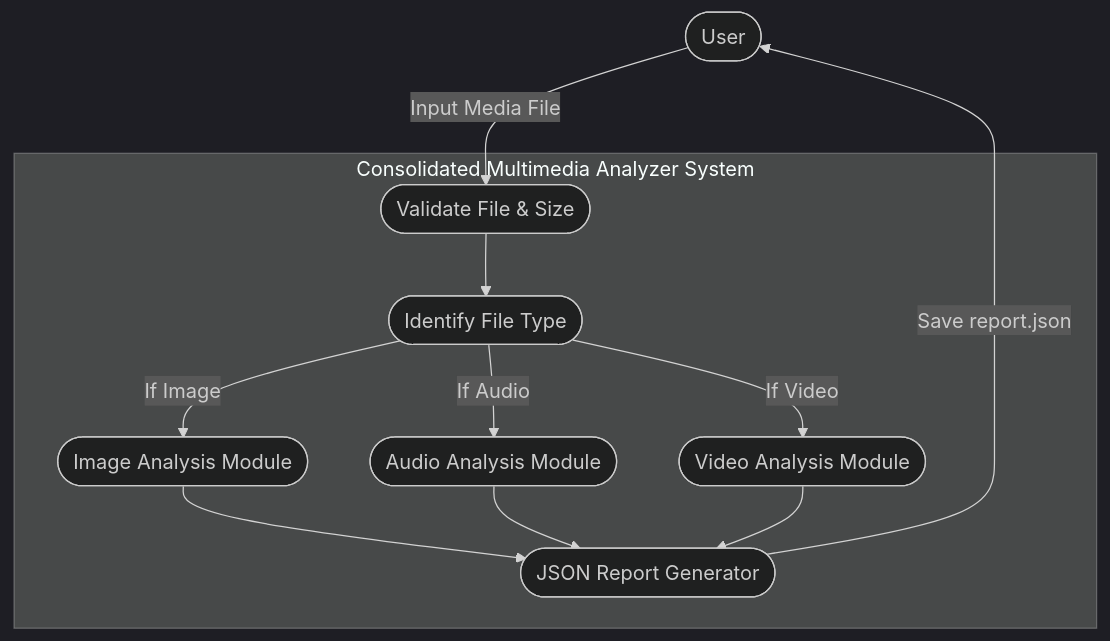
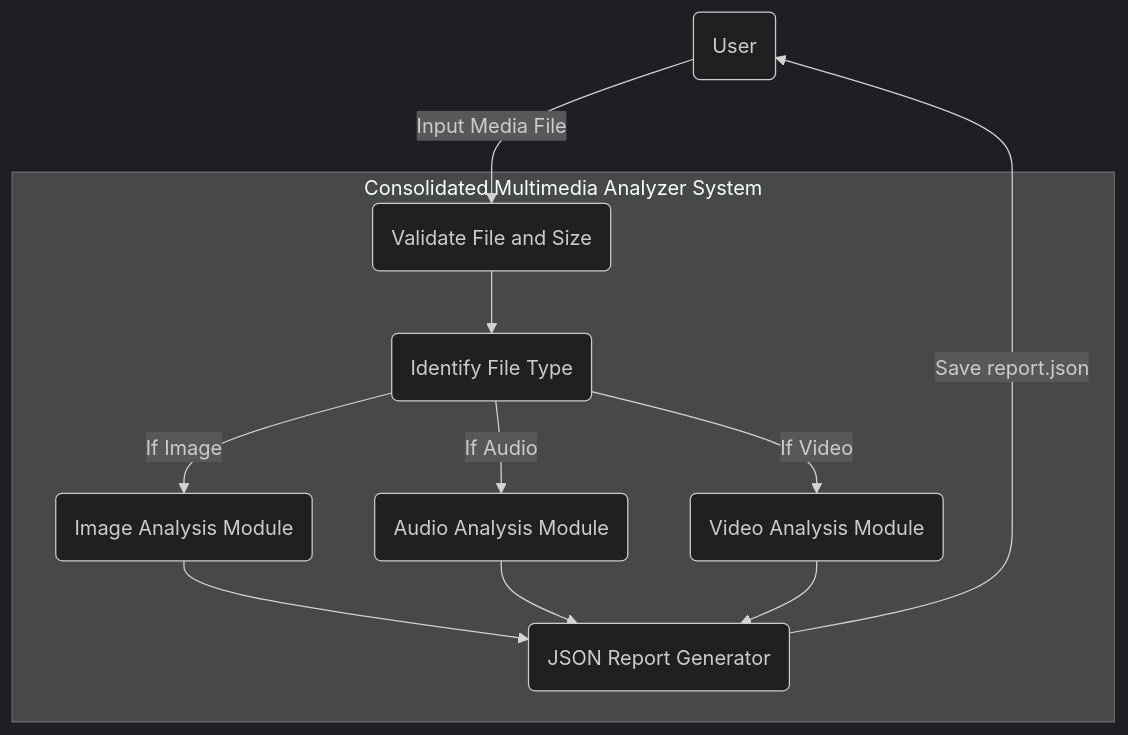
One commit to animishraa05/final-Multimedia changed the diagram in README.md. Above: the diagram before and after it, drawn with Mermaid (dark theme).

Commit message:
fix: simplify mermaid syntax for github compatibility

````diff
--- a/README.md
+++ b/README.md
@@ -27,28 +27,28 @@
 ```mermaid
-flowchart TD
-    User([User])
+graph TD
+    User(User)
     
     subgraph CMA [Consolidated Multimedia Analyzer System]
-        Validate([Validate File & Size])
-        Identify([Identify File Type])
+        Validate(Validate File and Size)
+        Identify(Identify File Type)
         
-        ImgAnalyzer([Image Analysis Module])
-        AudAnalyzer([Audio Analysis Module])
-        VidAnalyzer([Video Analysis Module])
+        ImgAnalyzer(Image Analysis Module)
+        AudAnalyzer(Audio Analysis Module)
+        VidAnalyzer(Video Analysis Module)
         
-        ReportGen([JSON Report Generator])
+        ReportGen(JSON Report Generator)
     end
     
     User -->|Input Media File| Validate
     Validate --> Identify
     
     Identify -->|If Image| ImgAnalyzer
     Identify -->|If Audio| AudAnalyzer
     Identify -->|If Video| VidAnalyzer
     
     ImgAnalyzer --> ReportGen
     AudAnalyzer --> ReportGen
     VidAnalyzer --> ReportGen
     
     ReportGen -->|Save report.json| User
 ```
````
